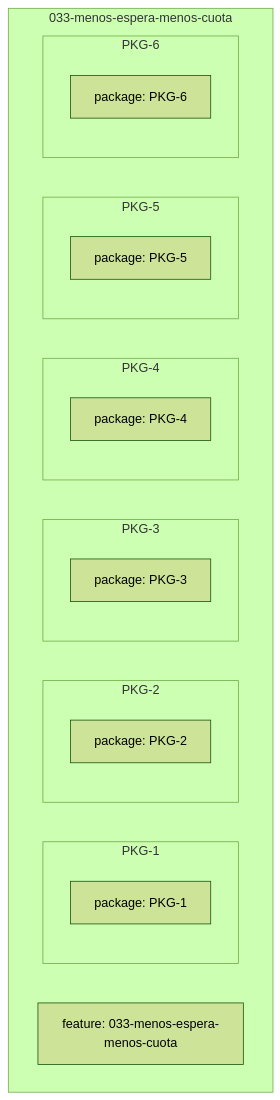
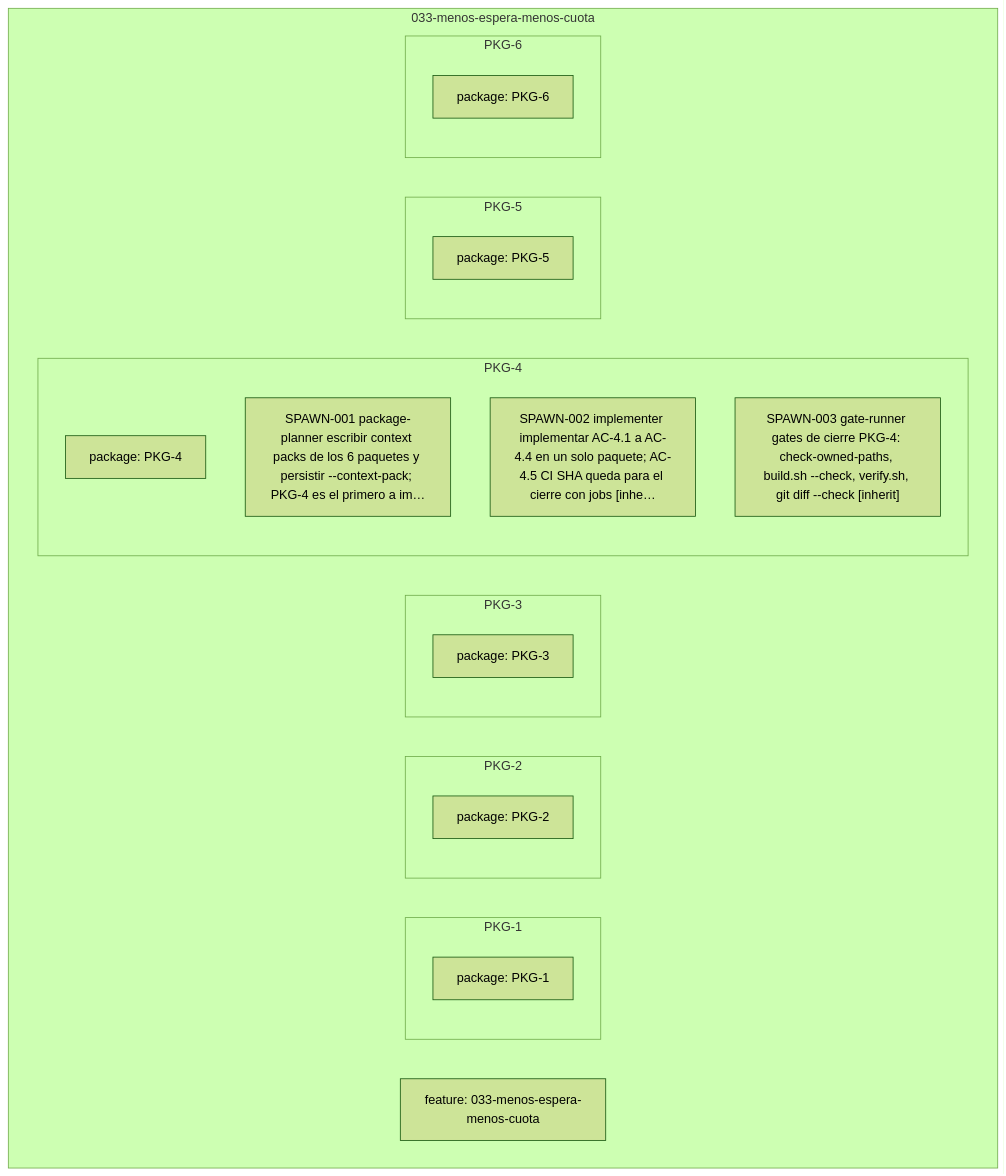
Before and after one commit to federico0330/set-agents: the diagram in docs/notas/features/033-menos-espera-menos-cuota/grafo.md, drawn with Mermaid (forest theme). The commit also changed 24 other files, not shown here.

First line of the commit message:
033: Windows y macOS dejan de mentir en CI, para que el resto se apoye en un gate honesto

````diff
--- a/docs/notas/features/033-menos-espera-menos-cuota/grafo.md
+++ b/docs/notas/features/033-menos-espera-menos-cuota/grafo.md
@@ -4,24 +4,27 @@
 ```mermaid
 flowchart TD
 subgraph sg_033_menos_espera_menos_cuota["033-menos-espera-menos-cuota"]
   feature_033_menos_espera_menos_cuota_1["feature: 033-menos-espera-menos-cuota"]
   subgraph sg_033_menos_espera_menos_cuota_pkg_1["PKG-1"]
     package_033_menos_espera_menos_cuota_pkg_1_1["package: PKG-1"]
   end
   subgraph sg_033_menos_espera_menos_cuota_pkg_2["PKG-2"]
     package_033_menos_espera_menos_cuota_pkg_2_1["package: PKG-2"]
   end
   subgraph sg_033_menos_espera_menos_cuota_pkg_3["PKG-3"]
     package_033_menos_espera_menos_cuota_pkg_3_1["package: PKG-3"]
   end
   subgraph sg_033_menos_espera_menos_cuota_pkg_4["PKG-4"]
     package_033_menos_espera_menos_cuota_pkg_4_1["package: PKG-4"]
+    spawn_033_menos_espera_menos_cuota_pkg_4_1["SPAWN-001 package-planner escribir context packs de los 6 paquetes y persistir --context-pack#59; PKG-4 es el primero a im…"]
+    spawn_033_menos_espera_menos_cuota_pkg_4_2["SPAWN-002 implementer implementar AC-4.1 a AC-4.4 en un solo paquete#59; AC-4.5 CI SHA queda para el cierre con jobs #91;inhe…"]
+    spawn_033_menos_espera_menos_cuota_pkg_4_3["SPAWN-003 gate-runner gates de cierre PKG-4: check-owned-paths, build.sh --check, verify.sh, git diff --check #91;inherit#93;"]
   end
   subgraph sg_033_menos_espera_menos_cuota_pkg_5["PKG-5"]
     package_033_menos_espera_menos_cuota_pkg_5_1["package: PKG-5"]
   end
   subgraph sg_033_menos_espera_menos_cuota_pkg_6["PKG-6"]
     package_033_menos_espera_menos_cuota_pkg_6_1["package: PKG-6"]
   end
 end
 ```
````
